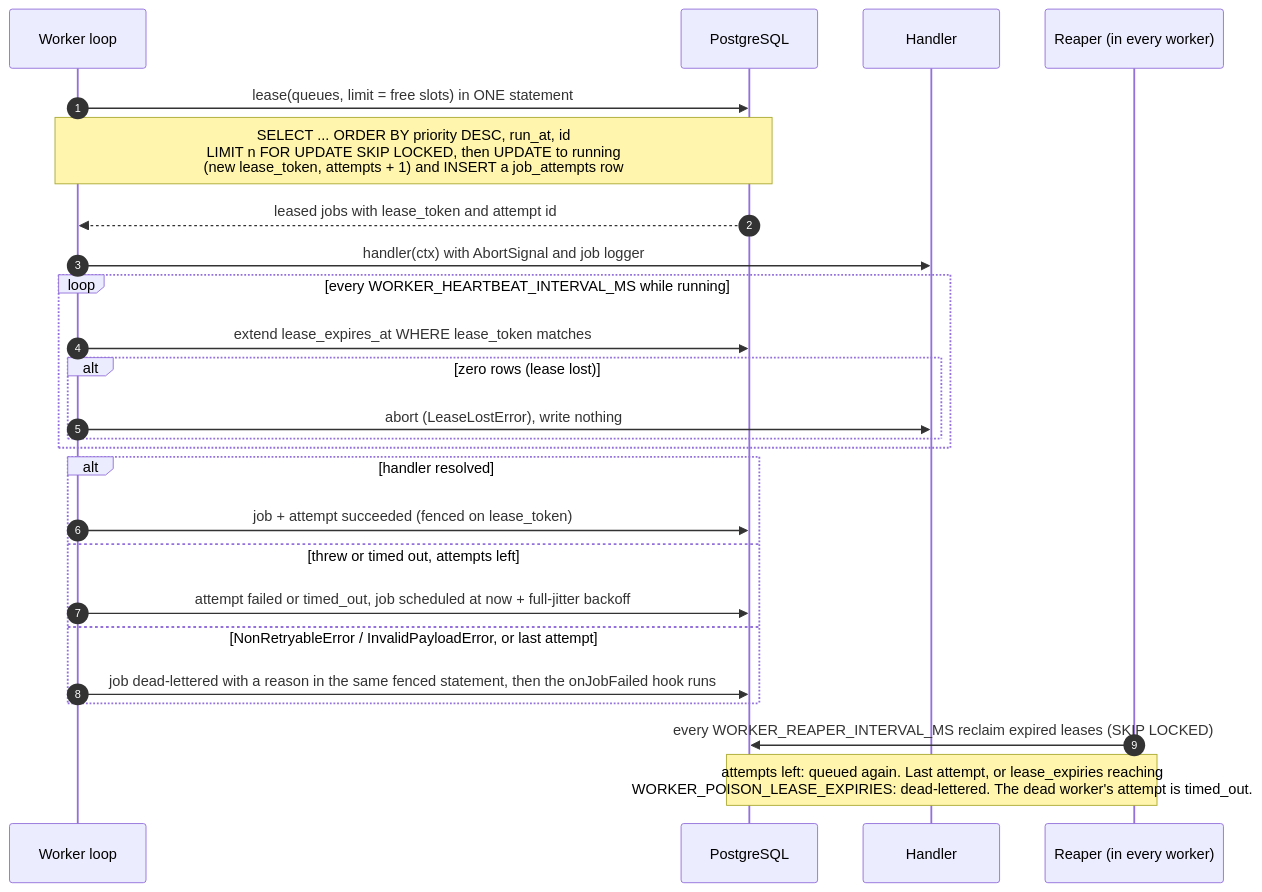
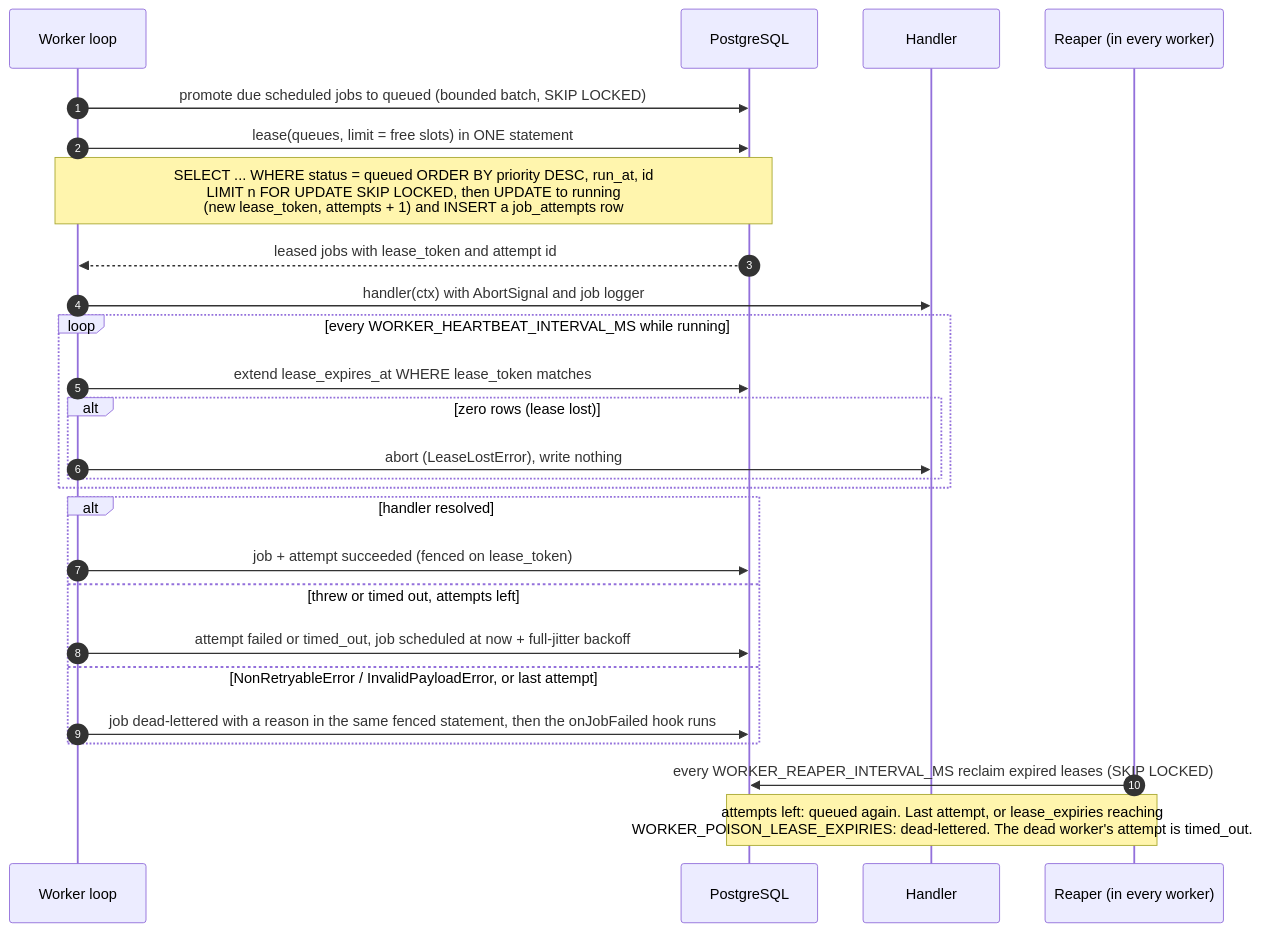
One commit to smraddhi18/pulsequeue changed the sixth of 7 diagrams in README.md. Above: the diagram before and after it, drawn with Mermaid. The commit also changed other lines of this file and 1 other file, not shown here.

Commit message:
docs: document Milestone 4 scheduling and mark it done in the roadmap (1/1)

````diff
--- a/README.md
+++ b/README.md
@@ -209,28 +267,29 @@
 ```mermaid
 sequenceDiagram
     autonumber
     participant W as Worker loop
     participant PG as PostgreSQL
     participant H as Handler
     participant R as Reaper (in every worker)
 
+    W->>PG: promote due scheduled jobs to queued (bounded batch, SKIP LOCKED)
     W->>PG: lease(queues, limit = free slots) in ONE statement
-    Note over W,PG: SELECT ... ORDER BY priority DESC, run_at, id<br/>LIMIT n FOR UPDATE SKIP LOCKED, then UPDATE to running<br/>(new lease_token, attempts + 1) and INSERT a job_attempts row
+    Note over W,PG: SELECT ... WHERE status = queued ORDER BY priority DESC, run_at, id<br/>LIMIT n FOR UPDATE SKIP LOCKED, then UPDATE to running<br/>(new lease_token, attempts + 1) and INSERT a job_attempts row
     PG-->>W: leased jobs with lease_token and attempt id
     W->>H: handler(ctx) with AbortSignal and job logger
     loop every WORKER_HEARTBEAT_INTERVAL_MS while running
         W->>PG: extend lease_expires_at WHERE lease_token matches
         alt zero rows (lease lost)
             W->>H: abort (LeaseLostError), write nothing
         end
     end
     alt handler resolved
         W->>PG: job + attempt succeeded (fenced on lease_token)
     else threw or timed out, attempts left
         W->>PG: attempt failed or timed_out, job scheduled at now + full-jitter backoff
     else NonRetryableError / InvalidPayloadError, or last attempt
         W->>PG: job dead-lettered with a reason in the same fenced statement, then the onJobFailed hook runs
     end
     R->>PG: every WORKER_REAPER_INTERVAL_MS reclaim expired leases (SKIP LOCKED)
     Note over R,PG: attempts left: queued again. Last attempt, or lease_expiries reaching<br/>WORKER_POISON_LEASE_EXPIRIES: dead-lettered. The dead worker's attempt is timed_out.
 ```
````
